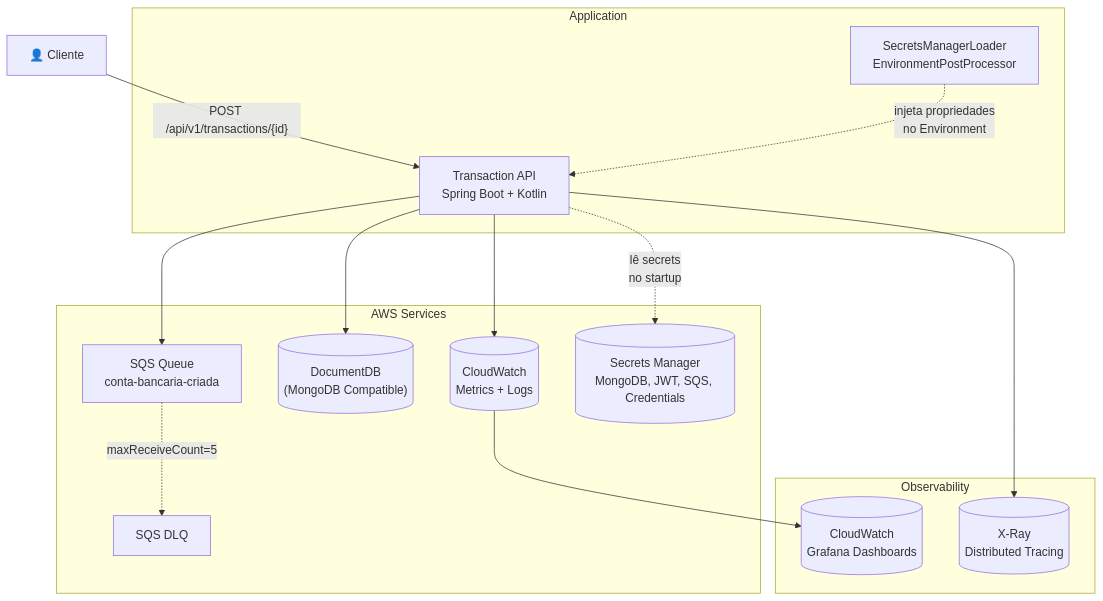
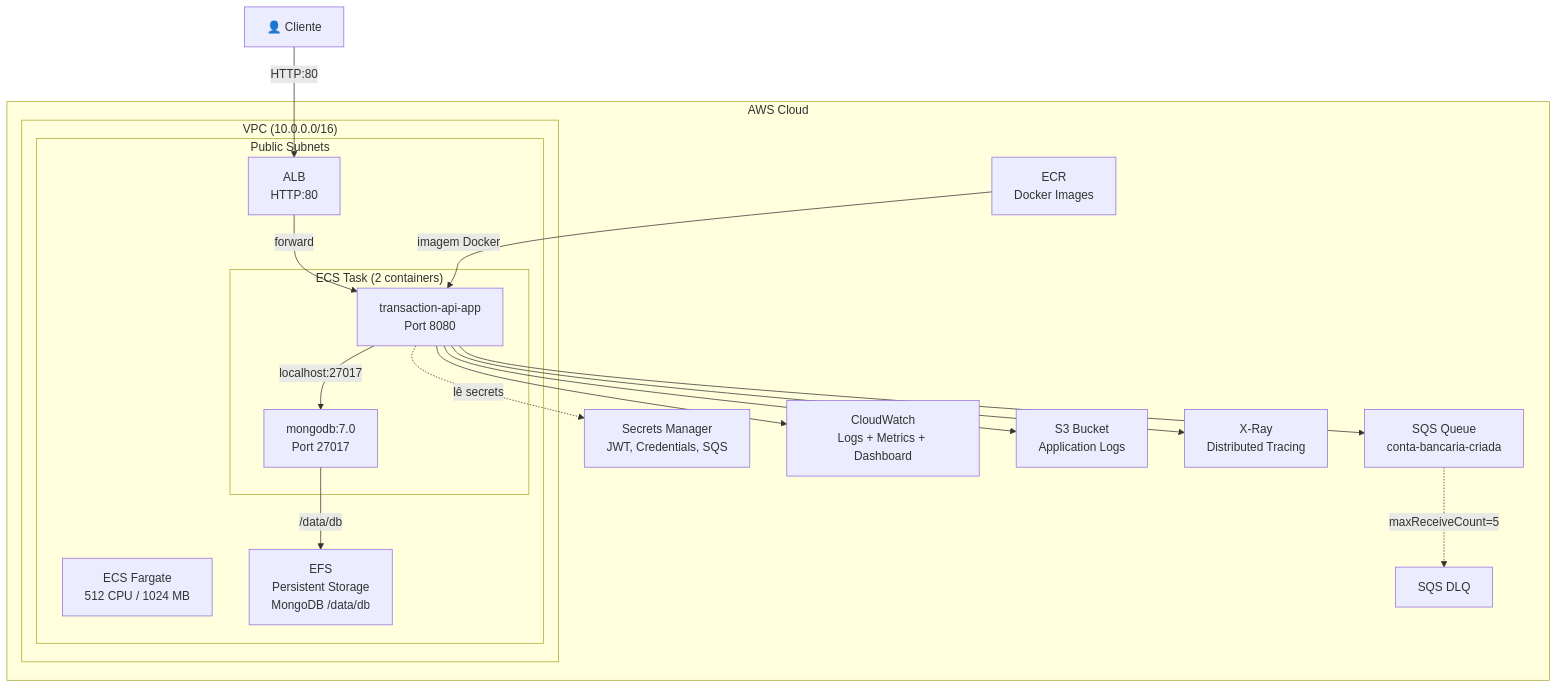
Before and after one commit to oborghi/transaction-api-itau: the diagram in desafiodecdigoita/README.md, drawn with Mermaid. The commit also changed other lines of this file and 44 other files, not shown here.

First line of the commit message:
feat: migração de Kubernetes (EKS) para ECS Fargate com deploy automatizado

````diff
--- a/desafiodecdigoita/README.md
+++ b/desafiodecdigoita/README.md
@@ -83,30 +82,36 @@
 ```mermaid
 graph TB
-    subgraph "Application"
-        API["Transaction API<br/>Spring Boot + Kotlin"]
-        SM["SecretsManagerLoader<br/>EnvironmentPostProcessor"]
+    subgraph "AWS Cloud"
+        subgraph "VPC (10.0.0.0/16)"
+            subgraph "Public Subnets"
+                ALB["ALB<br/>HTTP:80"]
+                ECS["ECS Fargate<br/>512 CPU / 1024 MB"]
+                subgraph "ECS Task (2 containers)"
+                    APP["transaction-api-app<br/>Port 8080"]
+                    MONGO["mongodb:7.0<br/>Port 27017"]
+                end
+                EFS["EFS<br/>Persistent Storage<br/>MongoDB /data/db"]
+            end
+        end
+
+        SQS["SQS Queue<br/>conta-bancaria-criada"]
+        DLQ["SQS DLQ"]
+        ECR["ECR<br/>Docker Images"]
+        SM["Secrets Manager<br/>JWT, Credentials, SQS"]
+        CW["CloudWatch<br/>Logs + Metrics + Dashboard"]
+        S3["S3 Bucket<br/>Application Logs"]
+        XR["X-Ray<br/>Distributed Tracing"]
     end
 
-    subgraph "AWS Services"
-        SQS["SQS Queue<br/>conta-bancaria-criada"]
-        DLQ["SQS DLQ"]
-        DocumentDB[("DocumentDB<br/>(MongoDB Compatible)")]
-        CloudWatch[("CloudWatch<br/>Metrics + Logs")]
-        SecretsManager[("Secrets Manager<br/>MongoDB, JWT, SQS, Credentials")]
-    end
-
-    subgraph "Observability"
-        CloudWatchG[("CloudWatch<br/>Grafana Dashboards")]
-        XRay[("X-Ray<br/>Distributed Tracing")]
-    end
-
-    Client["👤 Cliente"] -->|"POST /api/v1/transactions/{id}"| API
-    API --> SQS
+    Client["👤 Cliente"] -->|"HTTP:80"| ALB
+    ALB -->|"forward"| APP
+    APP -->|"localhost:27017"| MONGO
+    MONGO -->|"/data/db"| EFS
+    APP --> SQS
     SQS -.->|"maxReceiveCount=5"| DLQ
-    API --> DocumentDB
-    API --> CloudWatch
-    CloudWatch --> CloudWatchG
-    API --> XRay
-    API -.->|"lê secrets<br/>no startup"| SecretsManager
-    SM -.->|"injeta propriedades<br/>no Environment"| API
+    APP --> CW
+    APP --> XR
+    APP -.->|"lê secrets"| SM
+    APP --> S3
+    ECR -->|"imagem Docker"| APP
 ```
````
